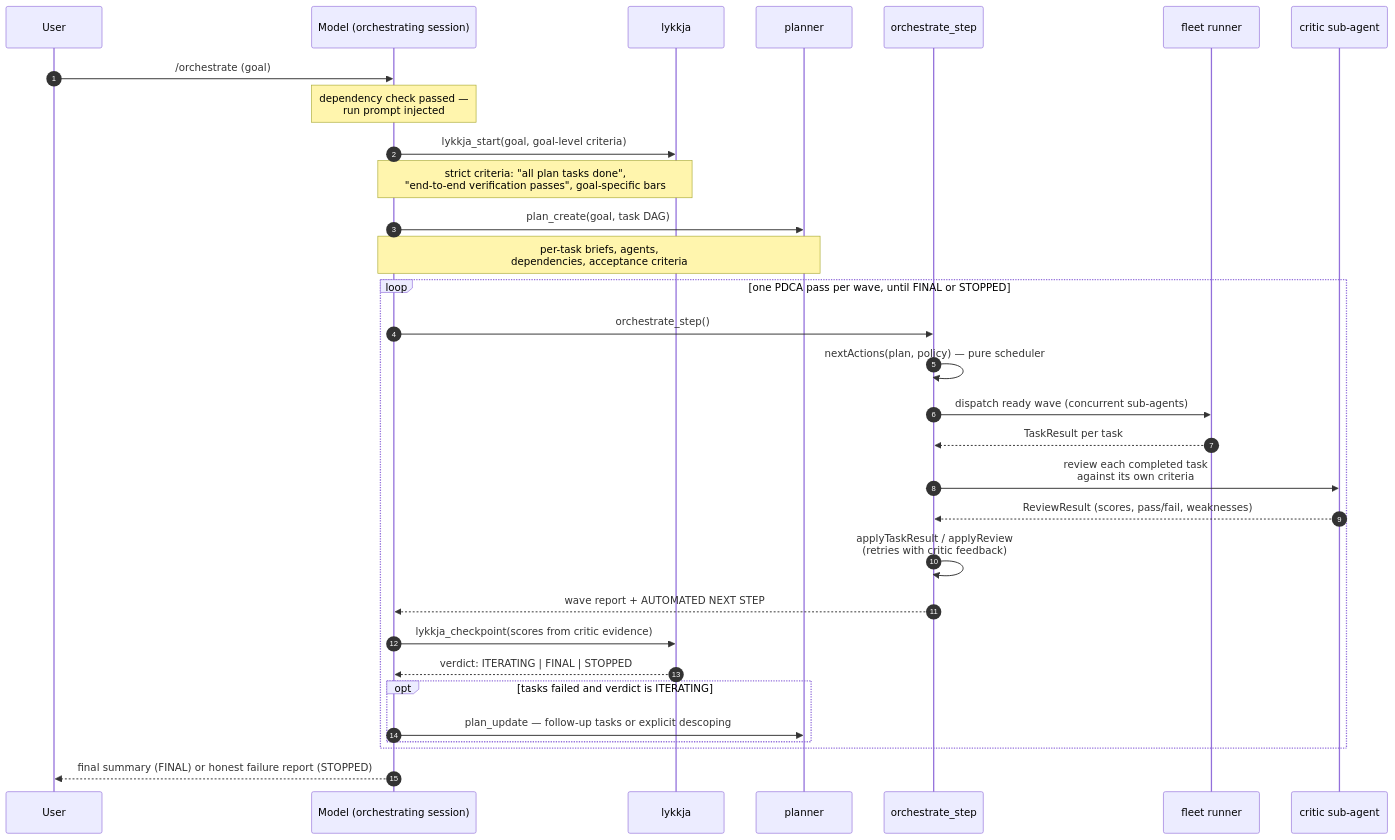
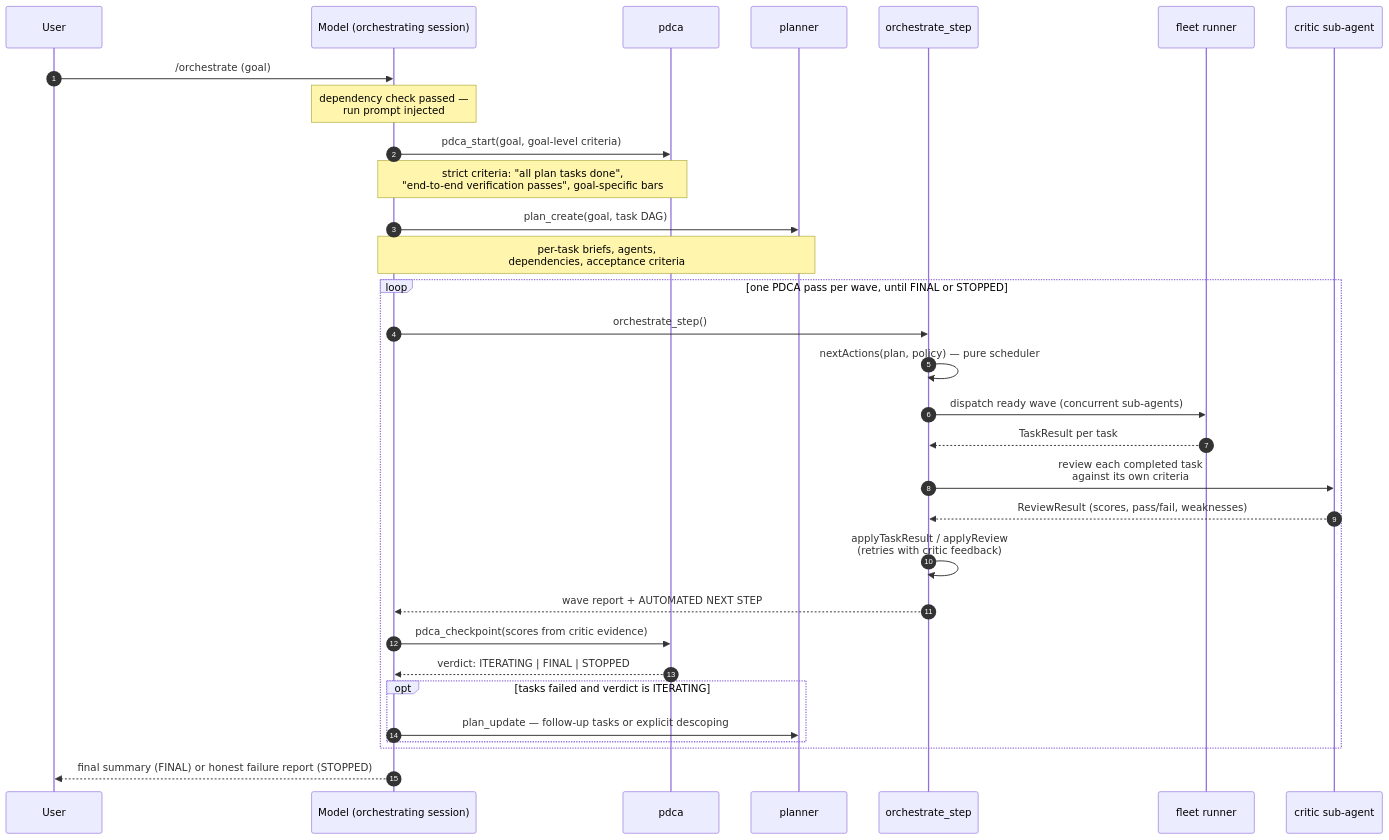
The second of 9 diagrams in docs/orchestrator-architecture.md (ulvestuen/pi-kit), drawn with Mermaid before and after one commit. The commit also changed other lines of this file and 38 other files, not shown here.

First line of the commit message:
Rename the lykkja extension to pdca

````diff
--- a/docs/orchestrator-architecture.md
+++ b/docs/orchestrator-architecture.md
@@ -123,38 +123,38 @@
 ```mermaid
 sequenceDiagram
     autonumber
     participant U as User
     participant M as Model (orchestrating session)
-    participant L as lykkja
+    participant L as pdca
     participant P as planner
     participant O as orchestrate_step
     participant F as fleet runner
     participant C as critic sub-agent
 
     U->>M: /orchestrate (goal)
     Note over M: dependency check passed —<br/>run prompt injected
 
-    M->>L: lykkja_start(goal, goal-level criteria)
+    M->>L: pdca_start(goal, goal-level criteria)
     Note over M,L: strict criteria: "all plan tasks done",<br/>"end-to-end verification passes", goal-specific bars
 
     M->>P: plan_create(goal, task DAG)
     Note over M,P: per-task briefs, agents,<br/>dependencies, acceptance criteria
 
     loop one PDCA pass per wave, until FINAL or STOPPED
         M->>O: orchestrate_step()
         O->>O: nextActions(plan, policy) — pure scheduler
         O->>F: dispatch ready wave (concurrent sub-agents)
         F-->>O: TaskResult per task
         O->>C: review each completed task<br/>against its own criteria
         C-->>O: ReviewResult (scores, pass/fail, weaknesses)
         O->>O: applyTaskResult / applyReview<br/>(retries with critic feedback)
         O-->>M: wave report + AUTOMATED NEXT STEP
-        M->>L: lykkja_checkpoint(scores from critic evidence)
+        M->>L: pdca_checkpoint(scores from critic evidence)
         L-->>M: verdict: ITERATING | FINAL | STOPPED
         opt tasks failed and verdict is ITERATING
             M->>P: plan_update — follow-up tasks or explicit descoping
         end
     end
 
     M-->>U: final summary (FINAL) or honest failure report (STOPPED)
 ```
````
